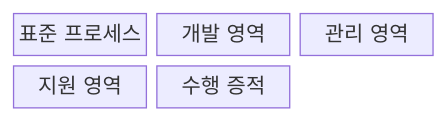
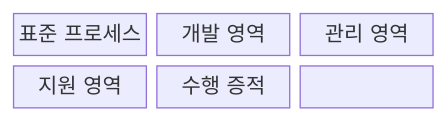
Before and after one commit to agnusdei1207/knowledge-base: the first of 2 diagrams in src/content/docs/notes/03-software/080_sp_software_process_quality_certification.md, drawn with Mermaid. The commit also changed other lines of this file and 20 other files, not shown here.

````diff
--- a/src/content/docs/notes/03-software/080_sp_software_process_quality_certification.md
+++ b/src/content/docs/notes/03-software/080_sp_software_process_quality_certification.md
@@ -57,9 +62,12 @@
 ```mermaid
-block-beta
+block
   columns 3
   S["표준 프로세스"]
   D["개발 영역"]
   M["관리 영역"]
   U["지원 영역"]
   E["수행 증적"]
+  S --> D --> E
+  S --> M --> E
+  S --> U --> E
 ```
````
